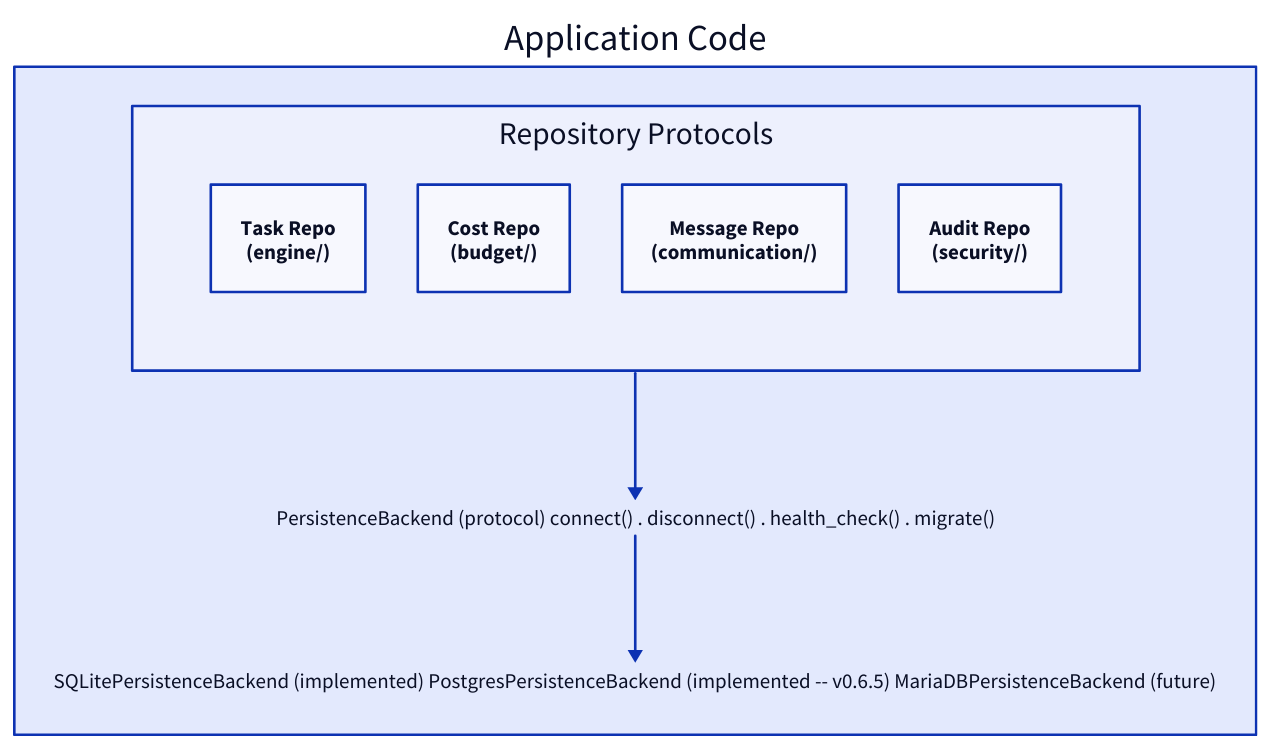
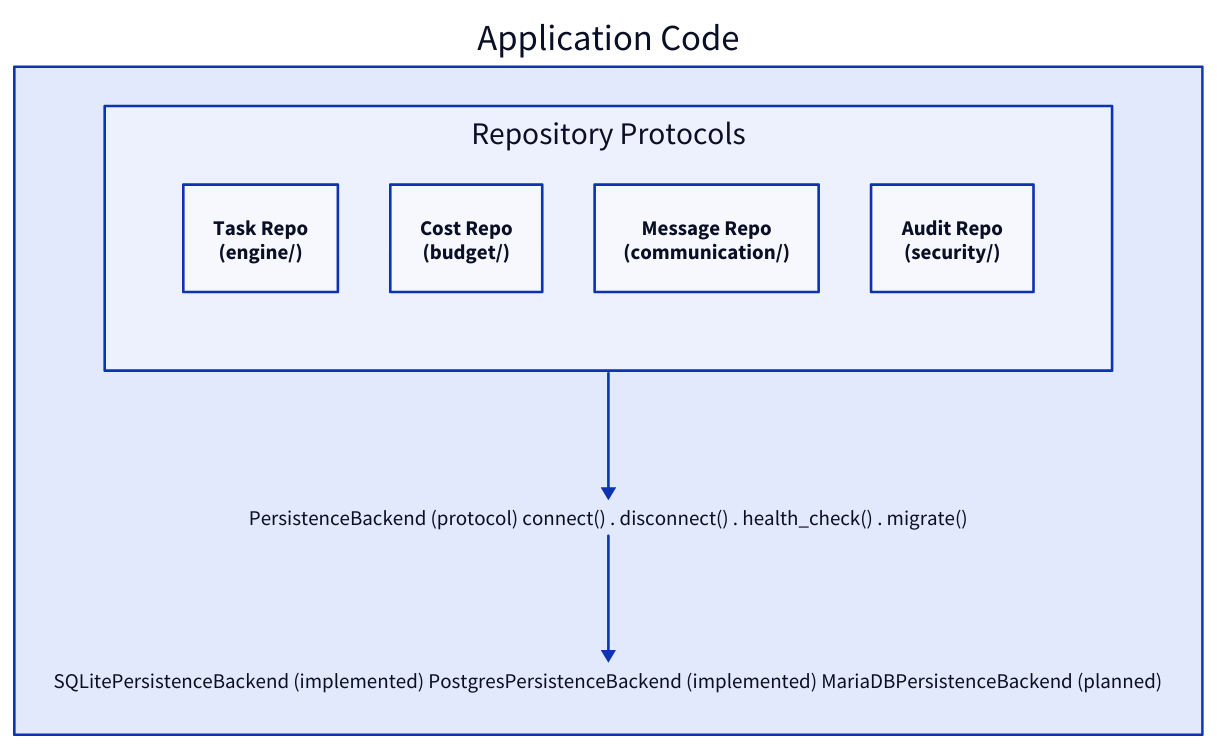
Before and after one commit to Aureliolo/ai-company: the diagram in docs/design/memory.md, drawn with D2. The commit also changed other lines of this file and 13 other files, not shown here.

````diff
--- a/docs/design/memory.md
+++ b/docs/design/memory.md
@@ -553,24 +553,24 @@
 ```d2
 Application Code: {
   Repos: "Repository Protocols" {
     grid-columns: 4
     Task Repo: "Task Repo\n(engine/)"
     Cost Repo: "Cost Repo\n(budget/)"
     Message Repo: "Message Repo\n(communication/)"
     Audit Repo: "Audit Repo\n(security/)"
   }
 
   Backend: |
     PersistenceBackend (protocol)
     connect() . disconnect() . health_check() . migrate()
   |
 
   Impls: |
     SQLitePersistenceBackend (implemented)
-    PostgresPersistenceBackend (implemented -- v0.6.5)
-    MariaDBPersistenceBackend (future)
+    PostgresPersistenceBackend (implemented)
+    MariaDBPersistenceBackend (planned)
   |
 
   Repos -> Backend -> Impls
 }
 ```
````
